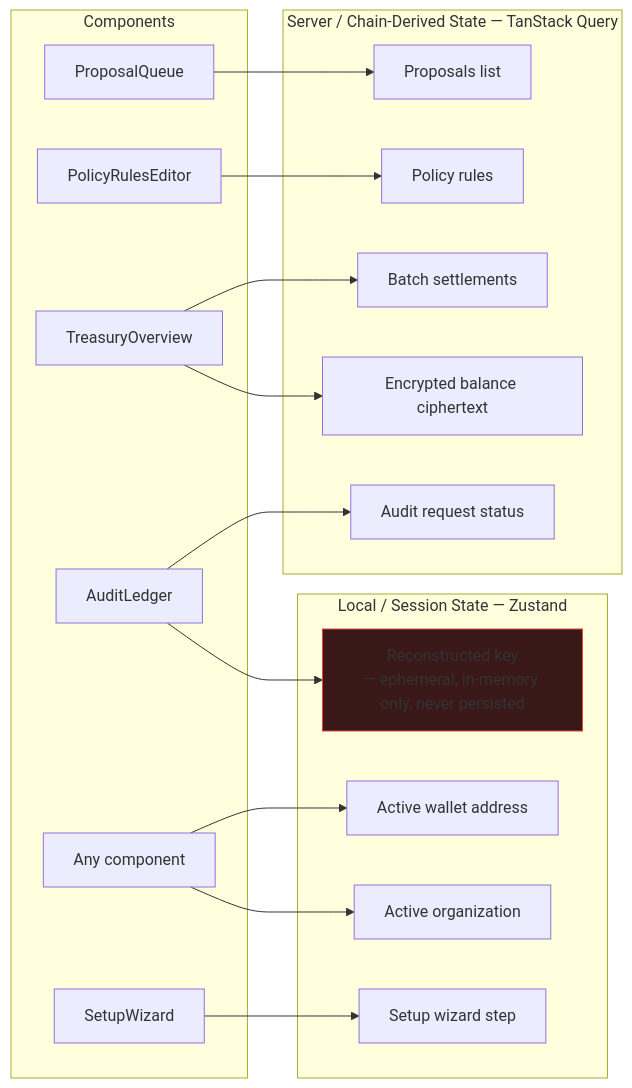
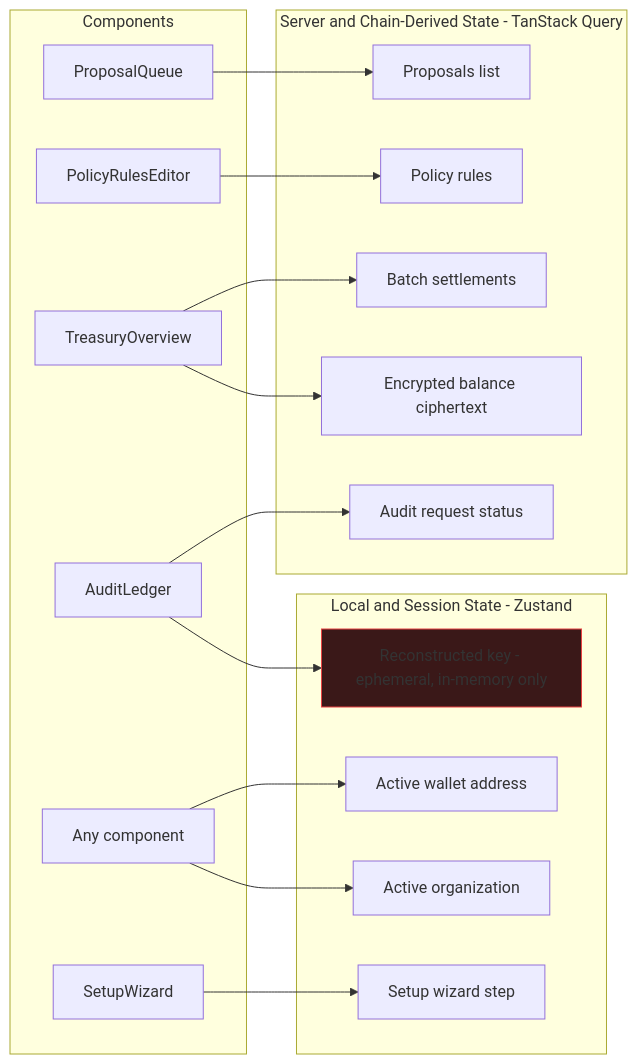
One commit to Soujanya-Mctrl/Sentinel changed the third of 6 diagrams in README.md. Above: the diagram before and after it, drawn with Mermaid. The commit also changed other lines of this file, not shown here.

Commit message:
docs: update README mermaid diagrams to use flowchart syntax and refine textual descriptions

````diff
--- a/README.md
+++ b/README.md
@@ -73,31 +73,31 @@
 ```mermaid
-graph LR
-    subgraph "Server / Chain-Derived State — TanStack Query"
+flowchart LR
+    subgraph ServerState["Server and Chain-Derived State - TanStack Query"]
         Q1["Proposals list"]
         Q2["Policy rules"]
         Q3["Batch settlements"]
         Q4["Encrypted balance ciphertext"]
         Q5["Audit request status"]
     end
 
-    subgraph "Local / Session State — Zustand"
+    subgraph LocalState["Local and Session State - Zustand"]
         Z1["Active wallet address"]
         Z2["Active organization"]
         Z3["Setup wizard step"]
-        Z4["Reconstructed key<br/>— ephemeral, in-memory only, never persisted"]
+        Z4["Reconstructed key - ephemeral, in-memory only"]
     end
 
-    subgraph Components
+    subgraph Components["Components"]
         C1["ProposalQueue"] --> Q1
         C2["PolicyRulesEditor"] --> Q2
         C3["TreasuryOverview"] --> Q3
         C3 --> Q4
         C4["AuditLedger"] --> Q5
         C4 --> Z4
         C5["Any component"] --> Z1
         C5 --> Z2
         C6["SetupWizard"] --> Z3
     end
 
     style Z4 fill:#3A1818,stroke:#E84142
 ```
````
